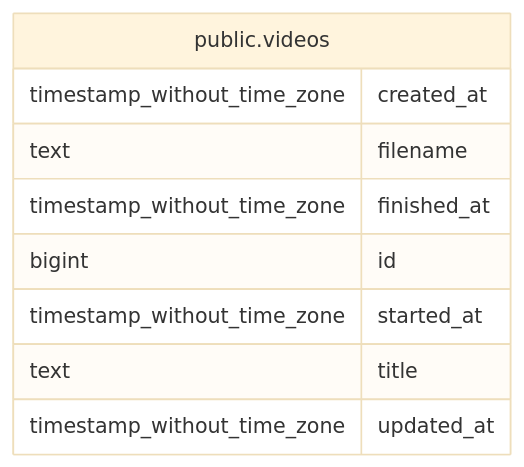
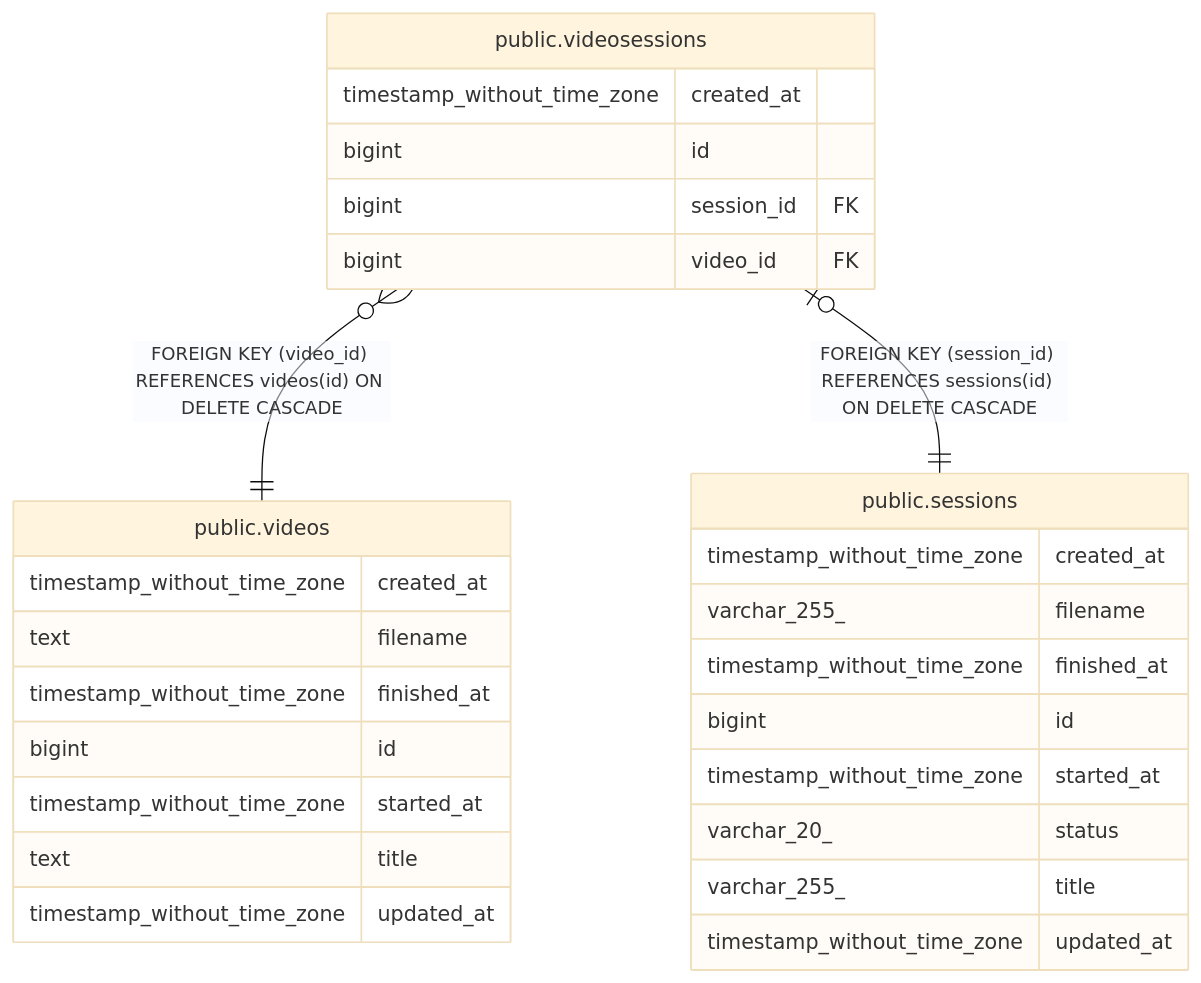
The diagram in backend/docs/db/README.md (kijimad/tv), drawn with Mermaid (base theme) before and after one commit. The commit also changed other lines of this file and 5 other files, not shown here.

````diff
--- a/backend/docs/db/README.md
+++ b/backend/docs/db/README.md
@@ -11,14 +13,32 @@
 ```mermaid
 erDiagram
 
+"public.videosessions" }o--|| "public.videos" : "FOREIGN KEY (video_id) REFERENCES videos(id) ON DELETE CASCADE"
+"public.videosessions" |o--|| "public.sessions" : "FOREIGN KEY (session_id) REFERENCES sessions(id) ON DELETE CASCADE"
 
+"public.sessions" {
+  timestamp_without_time_zone created_at
+  varchar_255_ filename
+  timestamp_without_time_zone finished_at
+  bigint id
+  timestamp_without_time_zone started_at
+  varchar_20_ status
+  varchar_255_ title
+  timestamp_without_time_zone updated_at
+}
 "public.videos" {
   timestamp_without_time_zone created_at
   text filename
   timestamp_without_time_zone finished_at
   bigint id
   timestamp_without_time_zone started_at
   text title
   timestamp_without_time_zone updated_at
 }
+"public.videosessions" {
+  timestamp_without_time_zone created_at
+  bigint id
+  bigint session_id FK
+  bigint video_id FK
+}
 ```
````
